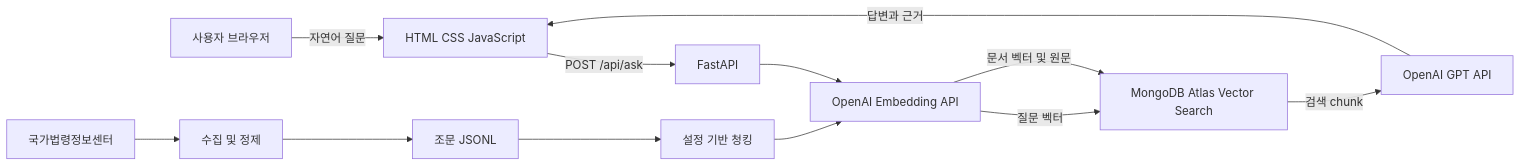
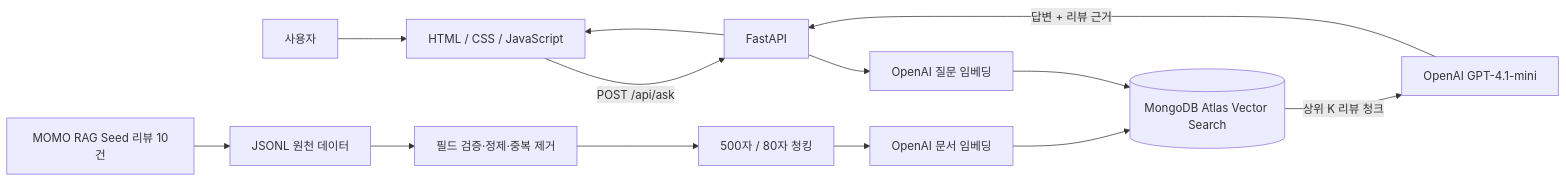
Before and after one commit to madison-yoon/worklaw-rag: the diagram in docs/architecture.md, drawn with Mermaid. The commit also changed other lines of this file, not shown here.

Commit message:
Document MOMO RAG system architecture and data flow

````diff
--- a/docs/architecture.md
+++ b/docs/architecture.md
@@ -3,14 +3,15 @@
 ```mermaid
 flowchart LR
- U[사용자 브라우저] -->|자연어 질문| UI[HTML CSS JavaScript]
- UI -->|POST /api/ask| API[FastAPI]
- API --> EMB[OpenAI Embedding API]
- EMB -->|질문 벡터| VDB[MongoDB Atlas Vector Search]
- VDB -->|검색 chunk| LLM[OpenAI GPT API]
- LLM -->|답변과 근거| UI
- LAW[국가법령정보센터] --> COL[수집 및 정제]
- COL --> JSONL[조문 JSONL]
- JSONL --> CHUNK[설정 기반 청킹]
- CHUNK --> EMB
- EMB -->|문서 벡터 및 원문| VDB
+  USER[사용자] --> UI[HTML / CSS / JavaScript]
+  UI -->|POST /api/ask| API[FastAPI]
+  API --> QEMB[OpenAI 질문 임베딩]
+  QEMB --> VDB[(MongoDB Atlas Vector Search)]
+  VDB -->|상위 K 리뷰 청크| LLM[OpenAI GPT-4.1-mini]
+  LLM -->|답변 + 리뷰 근거| API
+  API --> UI
+  SEED[MOMO RAG Seed 리뷰 10건] --> RAW[JSONL 원천 데이터]
+  RAW --> CLEAN[필드 검증·정제·중복 제거]
+  CLEAN --> CHUNK[500자 / 80자 청킹]
+  CHUNK --> EMB[OpenAI 문서 임베딩]
+  EMB --> VDB
 ```
````
